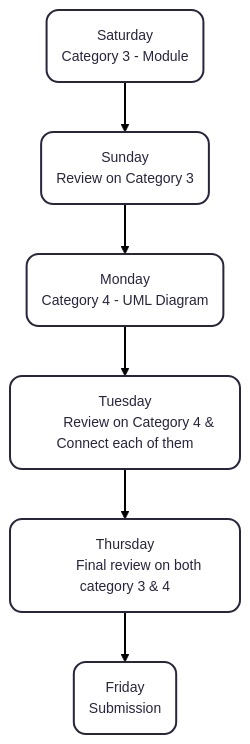
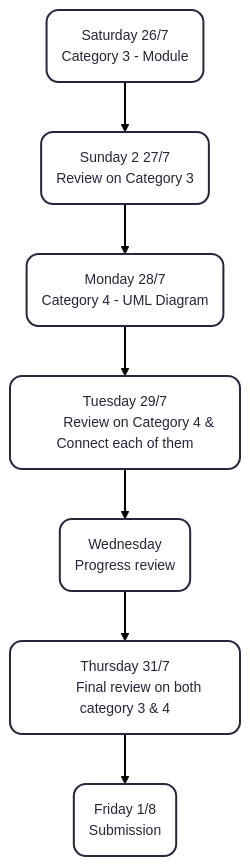
One commit to Dellrall/BMCS2023-OOP-group-assignment changed the diagram in README.md. Above: the diagram before and after it, drawn with Mermaid.

Commit message:
Minor addition on mermaid diagram

````diff
--- a/README.md
+++ b/README.md
@@ -23,14 +23,15 @@
 ```mermaid
 ---
 config:
       theme: redux
 ---
 flowchart TD
-        Saturday( Saturday
-        Category 3 - Module) --> Sunday(Sunday
-        Review on Category 3) --> Monday(Monday
-        Category 4 - UML Diagram) --> Tuesday(Tuesday
-        Review on Category 4 & Connect each of them) --> Thursday(Thursday
-        Final review on both category 3 & 4) --> Friday(Friday
+        Saturday( Saturday 26/7
+        Category 3 - Module) --> Sunday(Sunday 2 27/7
+        Review on Category 3) --> Monday(Monday 28/7
+        Category 4 - UML Diagram) --> Tuesday(Tuesday 29/7
+        Review on Category 4 & Connect each of them) --> Wednesday(Wednesday
+        Progress review) --> Thursday(Thursday 31/7
+        Final review on both category 3 & 4) --> Friday(Friday 1/8
         Submission)
 ```
````
